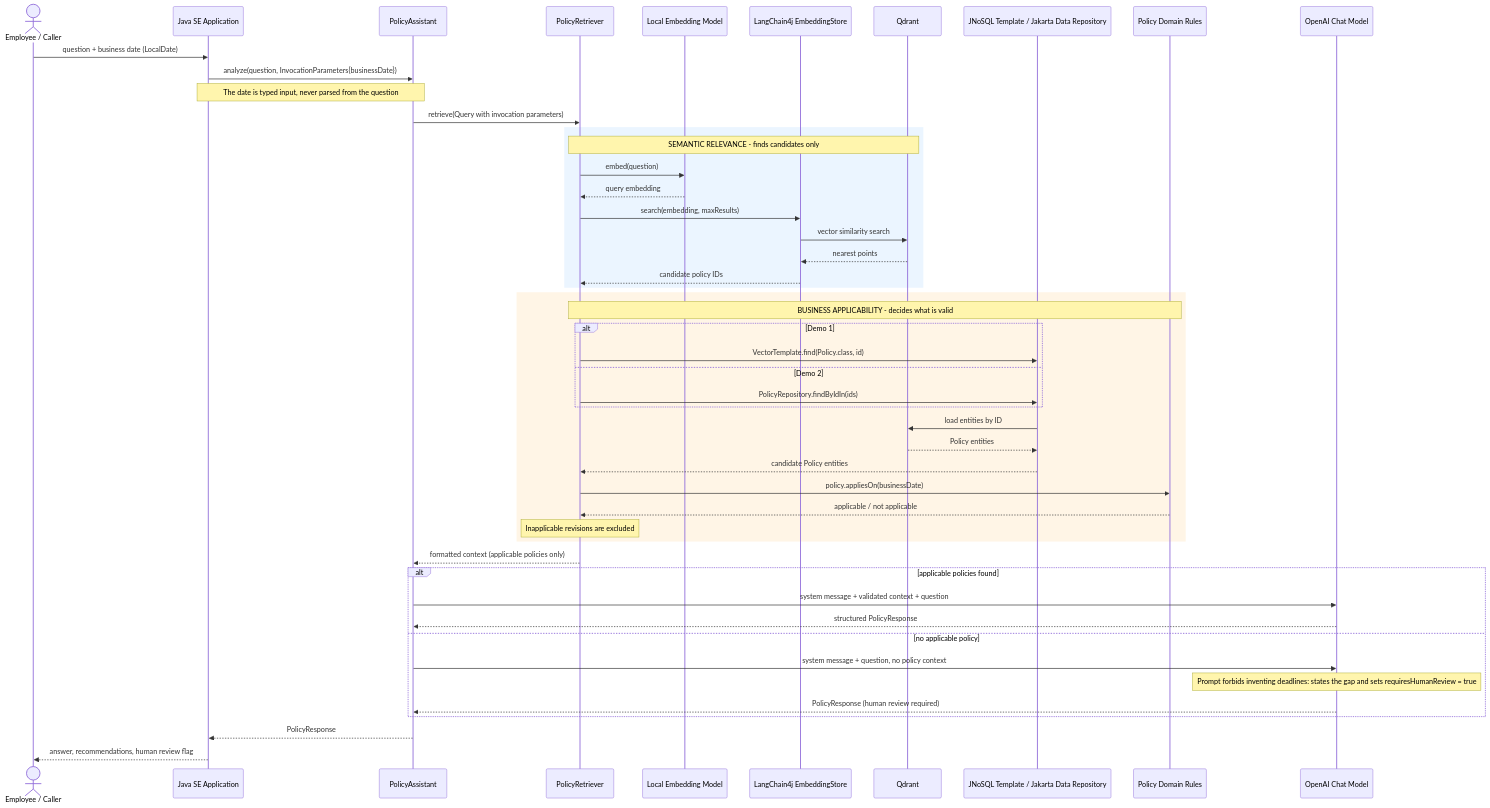
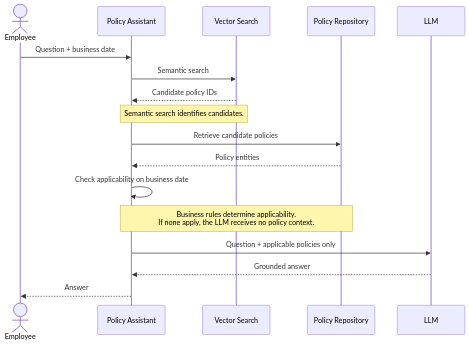
Before and after one commit to otaviojava/jnosql-langchain4j-rag-se: the third of 4 diagrams in README.md, drawn with Mermaid. The commit also changed other lines of this file, not shown here.

First line of the commit message:
docs(README): simplify architecture section and streamline diagrams

````diff
--- a/README.md
+++ b/README.md
@@ -100,56 +56,20 @@
 ```mermaid
 sequenceDiagram
-    actor U as Employee / Caller
-    participant A as Java SE Application
-    participant PA as PolicyAssistant
-    participant PR as PolicyRetriever
-    participant EM as Local Embedding Model
-    participant ES as LangChain4j EmbeddingStore
-    participant Q as Qdrant
-    participant P as JNoSQL Template / Jakarta Data Repository
-    participant D as Policy Domain Rules
-    participant L as OpenAI Chat Model
+    actor E as Employee
+    participant A as Policy Assistant
+    participant V as Vector Search
+    participant R as Policy Repository
+    participant L as LLM
 
-    U->>A: question + business date (LocalDate)
-    A->>PA: analyze(question, InvocationParameters{businessDate})
-    Note over A,PA: The date is typed input, never parsed from the question
-    PA->>PR: retrieve(Query with invocation parameters)
-
-    rect rgb(235, 245, 255)
-    Note over PR,Q: SEMANTIC RELEVANCE - finds candidates only
-    PR->>EM: embed(question)
-    EM-->>PR: query embedding
-    PR->>ES: search(embedding, maxResults)
-    ES->>Q: vector similarity search
-    Q-->>ES: nearest points
-    ES-->>PR: candidate policy IDs
-    end
-
-    rect rgb(255, 245, 230)
-    Note over PR,D: BUSINESS APPLICABILITY - decides what is valid
-    alt Demo 1
-        PR->>P: VectorTemplate.find(Policy.class, id)
-    else Demo 2
-        PR->>P: PolicyRepository.findByIdIn(ids)
-    end
-    P->>Q: load entities by ID
-    Q-->>P: Policy entities
-    P-->>PR: candidate Policy entities
-    PR->>D: policy.appliesOn(businessDate)
-    D-->>PR: applicable / not applicable
-    Note over PR: Inapplicable revisions are excluded
-    end
-
-    PR-->>PA: formatted context (applicable policies only)
-
-    alt applicable policies found
-        PA->>L: system message + validated context + question
-        L-->>PA: structured PolicyResponse
-    else no applicable policy
-        PA->>L: system message + question, no policy context
-        Note over L: Prompt forbids inventing deadlines: states the gap and sets requiresHumanReview = true
-        L-->>PA: PolicyResponse (human review required)
-    end
-    PA-->>A: PolicyResponse
-    A-->>U: answer, recommendations, human review flag
+    E->>A: Question + business date
+    A->>V: Semantic search
+    V-->>A: Candidate policy IDs
+    Note over A,V: Semantic search identifies candidates.
+    A->>R: Retrieve candidate policies
+    R-->>A: Policy entities
+    A->>A: Check applicability on business date
+    Note over A,R: Business rules determine applicability.<br/>If none apply, the LLM receives no policy context.
+    A->>L: Question + applicable policies only
+    L-->>A: Grounded answer
+    A-->>E: Answer
 ```
````
